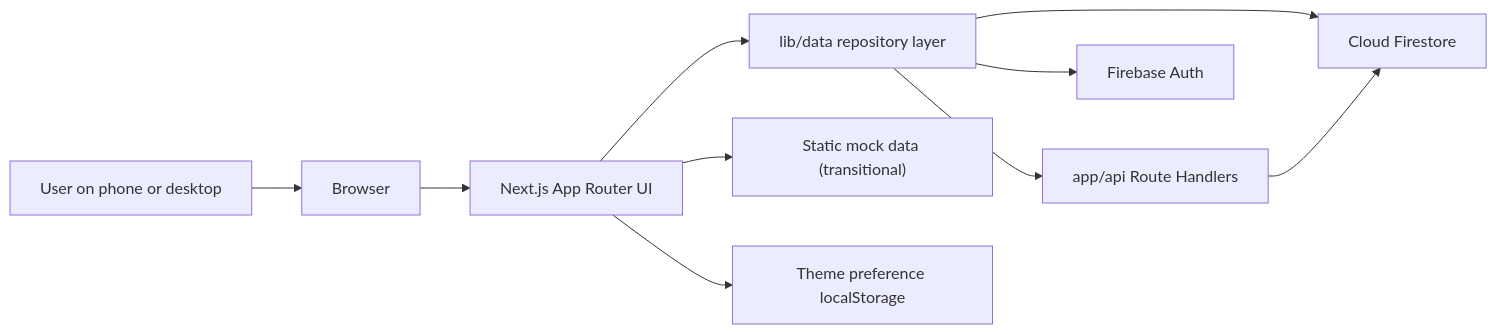
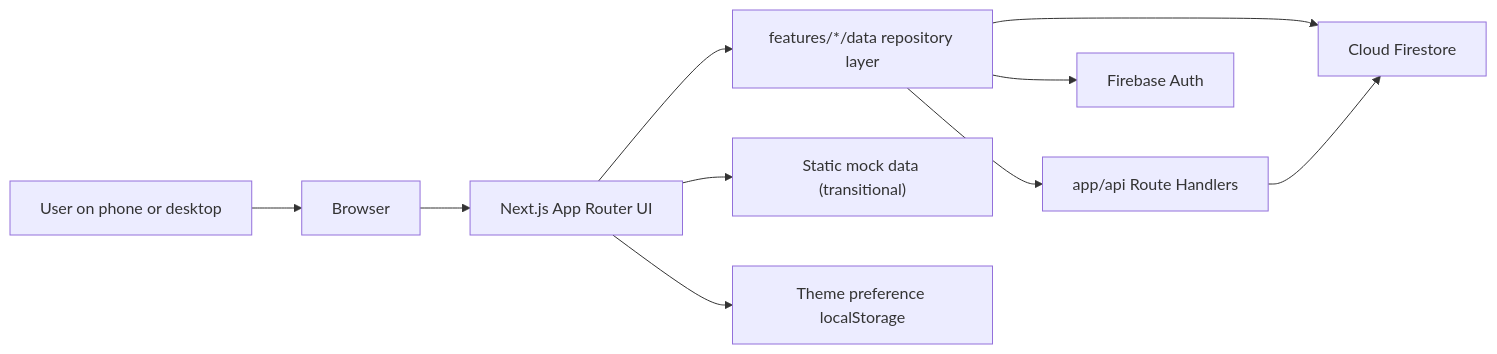
The first of 2 diagrams in PROJECT.md (faizan-khokhar/life-kit), drawn with Mermaid before and after one commit. The commit also changed other lines of this file and 33 other files, not shown here.

````diff
--- a/PROJECT.md
+++ b/PROJECT.md
@@ -55,22 +55,22 @@
 ```mermaid
 flowchart LR
   User[User on phone or desktop]
   Browser[Browser]
   NextApp[Next.js App Router UI]
-  DataLayer["lib/data repository layer"]
+  DataLayer["features/*/data repository layer"]
   RouteHandlers["app/api Route Handlers"]
   FirebaseAuth[Firebase Auth]
   Firestore[Cloud Firestore]
   Mock["Static mock data (transitional)"]
   ThemeStore[Theme preference localStorage]
 
   User --> Browser
   Browser --> NextApp
   NextApp --> DataLayer
   NextApp --> Mock
   NextApp --> ThemeStore
   DataLayer --> FirebaseAuth
   DataLayer --> Firestore
   DataLayer --> RouteHandlers
   RouteHandlers --> Firestore
 ```
````
